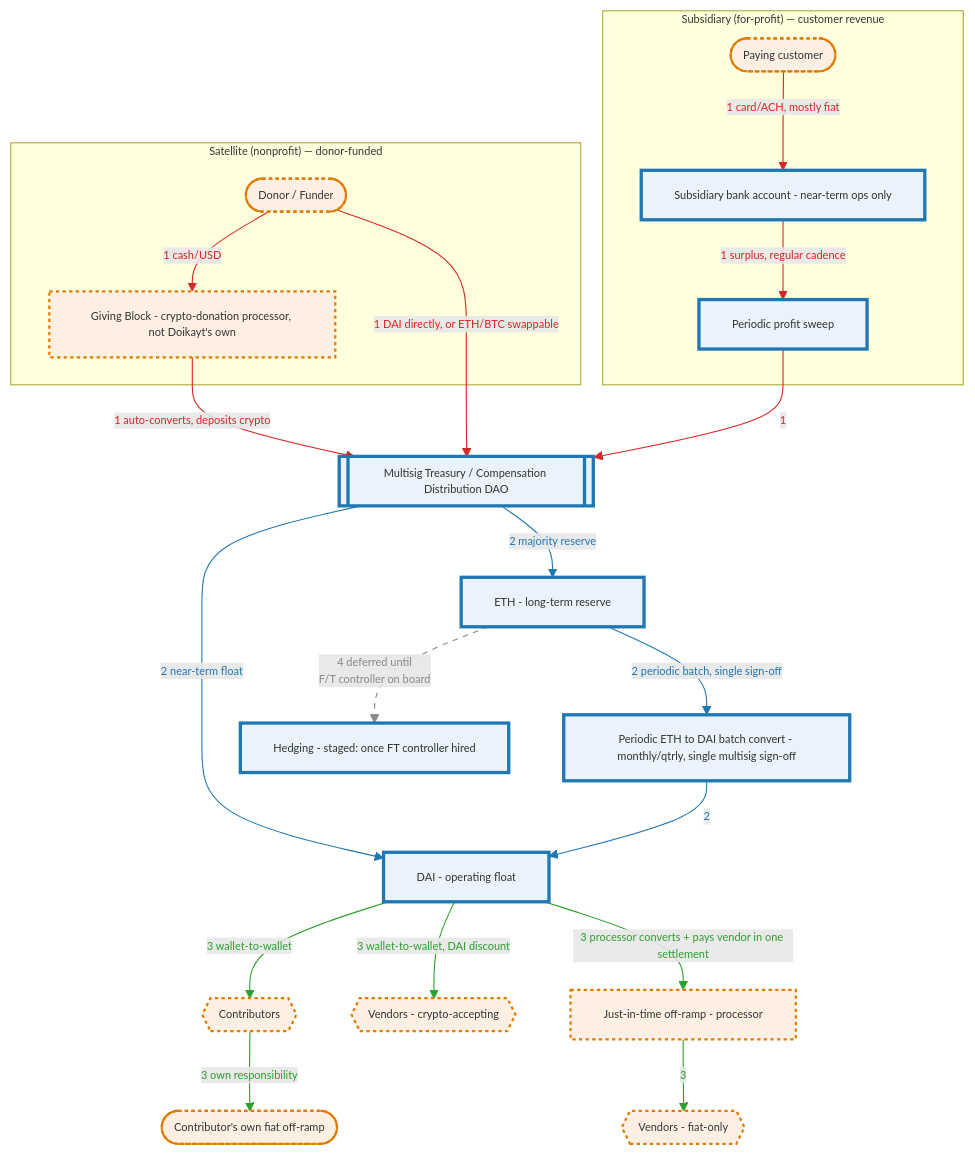
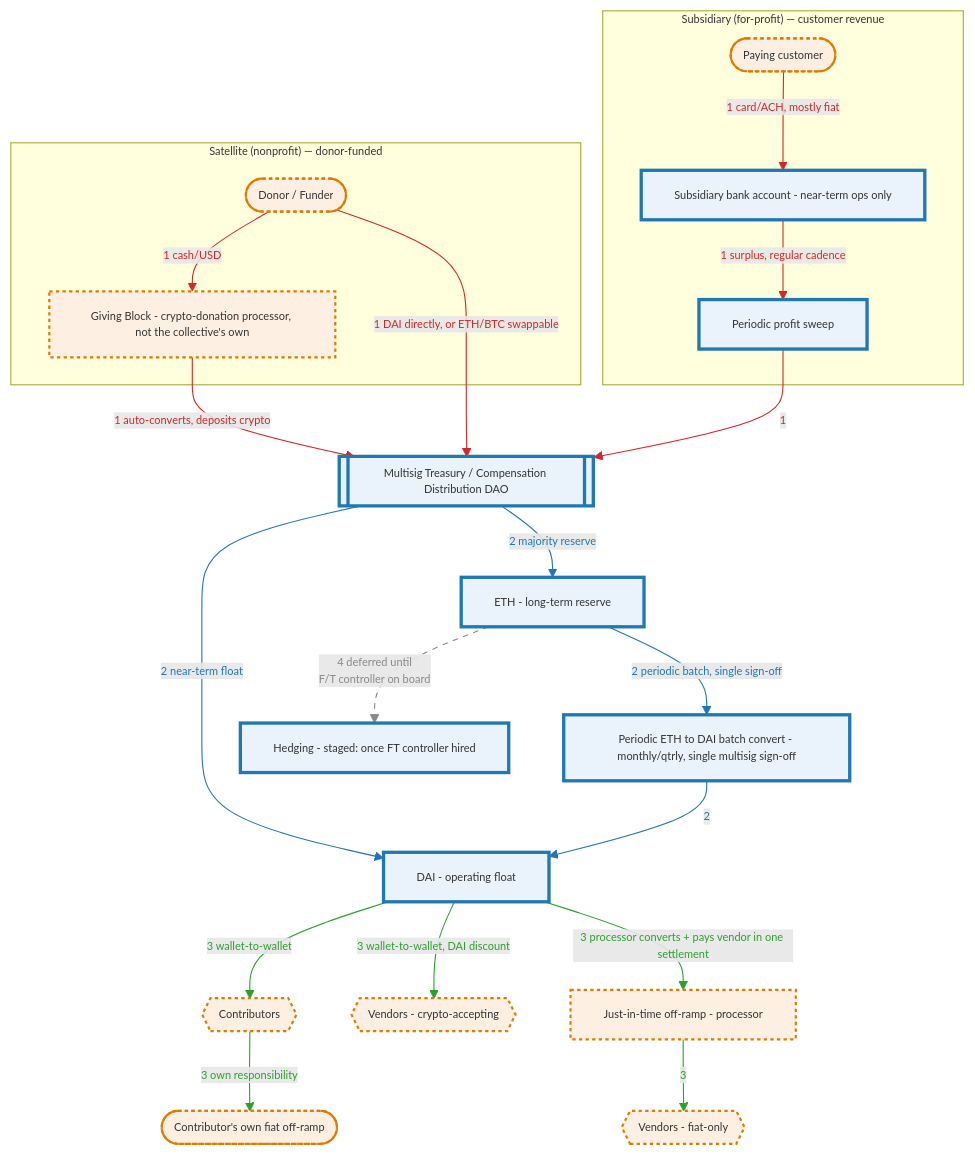
The third of 4 diagrams in governance/commons-hub-pattern.md (doikayt/admin), drawn with Mermaid before and after one commit.

Commit message:
docs: genericize diagram - "the collective" not "Doikayt"
Keeps the diagram consistent with the doc's own template nature -
this is a reusable pattern, not a Doikayt-specific writeup.

````diff
--- a/governance/commons-hub-pattern.md
+++ b/governance/commons-hub-pattern.md
@@ -880,56 +880,56 @@
 ```mermaid
 %%{init: {"themeVariables": {"fontSize": "10px"}}}%%
 flowchart TD
     subgraph SAT["Satellite (nonprofit) — donor-funded"]
         Donor([Donor / Funder])
-        DonationProcessor[Giving Block - crypto-donation processor, not Doikayt's own]
+        DonationProcessor[Giving Block - crypto-donation processor, not the collective's own]
     end
 
     subgraph SUB["Subsidiary (for-profit) — customer revenue"]
         Customer([Paying customer])
         SubBank[Subsidiary bank account - near-term ops only]
         Sweep[Periodic profit sweep]
     end
 
     Treasury[[Multisig Treasury / Compensation Distribution DAO]]
     BatchConvert[Periodic ETH to DAI batch convert - monthly/qtrly, single multisig sign-off]
     DAIFloat[DAI - operating float]
     ETHReserve[ETH - long-term reserve]
     Contributors{{Contributors}}
     ContribOfframp([Contributor's own fiat off-ramp])
     VendorsCrypto{{Vendors - crypto-accepting}}
     OffRampJIT[Just-in-time off-ramp - processor]
     VendorsFiat{{Vendors - fiat-only}}
     Hedge[Hedging - staged: once FT controller hired]
 
     Donor -- "1 cash/USD" --> DonationProcessor
     DonationProcessor -- "1 auto-converts, deposits crypto" --> Treasury
     Donor -- "1 DAI directly, or ETH/BTC swappable" --> Treasury
     Customer -- "1 card/ACH, mostly fiat" --> SubBank
     SubBank -- "1 surplus, regular cadence" --> Sweep
     Sweep -- "1" --> Treasury
 
     Treasury -- "2 near-term float" --> DAIFloat
     Treasury -- "2 majority reserve" --> ETHReserve
     ETHReserve -- "2 periodic batch, single sign-off" --> BatchConvert
     BatchConvert -- "2" --> DAIFloat
 
     DAIFloat -- "3 wallet-to-wallet" --> Contributors
     Contributors -- "3 own responsibility" --> ContribOfframp
     DAIFloat -- "3 wallet-to-wallet, DAI discount" --> VendorsCrypto
     DAIFloat -- "3 processor converts + pays vendor in one settlement" --> OffRampJIT
     OffRampJIT -- "3" --> VendorsFiat
 
     ETHReserve -.->|"4 deferred until<br/>F/T controller on board"| Hedge
 
     linkStyle 0,1,2,3,4,5 stroke:#d62728,color:#d62728
     linkStyle 6,7,8,9 stroke:#1f77b4,color:#1f77b4
     linkStyle 10,11,12,13,14 stroke:#2ca02c,color:#2ca02c
     linkStyle 15 stroke:#888888,color:#888888,stroke-dasharray: 5 5
 
     classDef owned fill:#eaf2fb,stroke:#1f77b4,stroke-width:3px
     classDef external fill:#fdf0e3,stroke:#e07b00,stroke-width:2px,stroke-dasharray:3 3
     class Treasury,SubBank,Sweep,BatchConvert,DAIFloat,ETHReserve,Hedge owned
     class Donor,DonationProcessor,Customer,Contributors,ContribOfframp external
     class VendorsCrypto,OffRampJIT,VendorsFiat external
 ```
````
